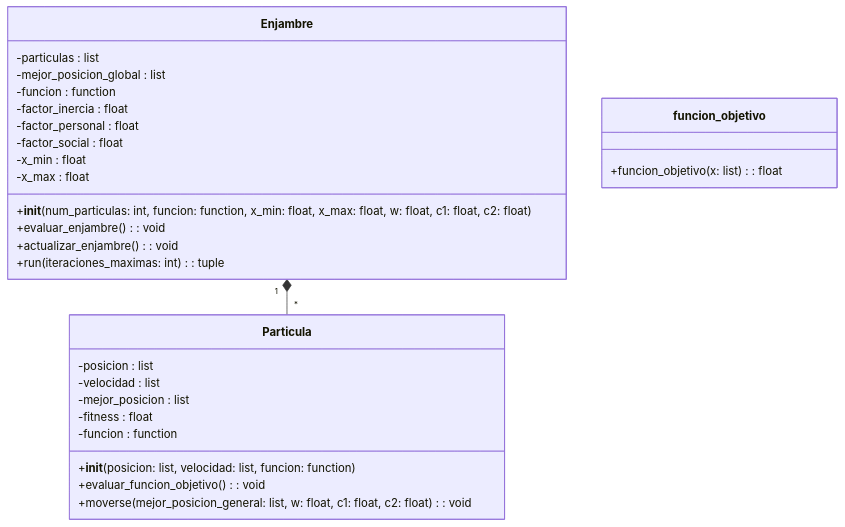
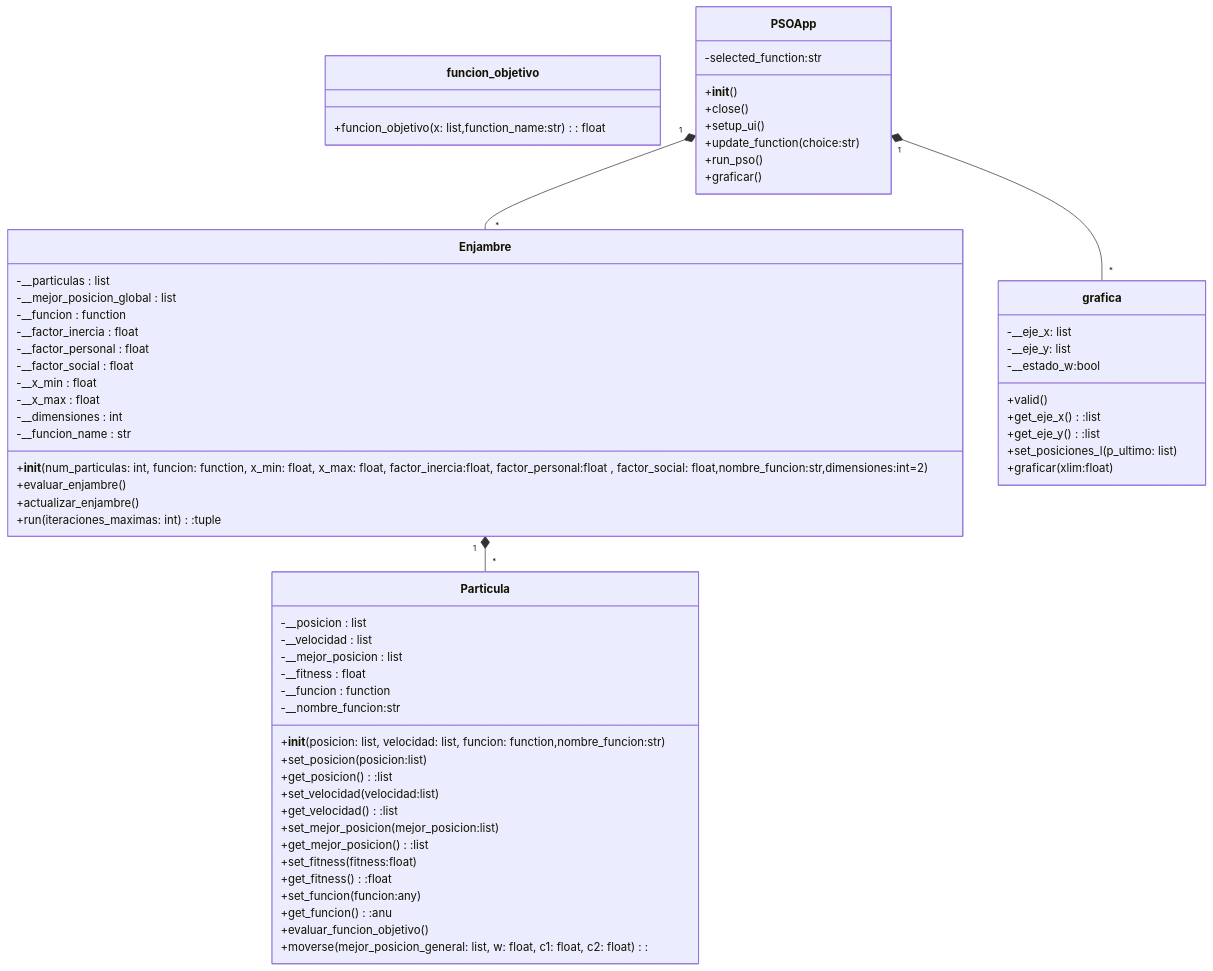
The diagram in Diagrama UML.md (PedroCastiblanco/Proyecto_poo), drawn with Mermaid before and after one commit.

Commit message:
Update Diagrama UML.md

````diff
--- a/Diagrama UML.md
+++ b/Diagrama UML.md
@@ -1,34 +1,69 @@
 ```mermaid
 classDiagram
     class Particula {
-        -posicion : list
-        -velocidad : list
-        -mejor_posicion : list
-        -fitness : float
-        -funcion : function
-        +__init__(posicion: list, velocidad: list, funcion: function)
-        +evaluar_funcion_objetivo() : void
-        +moverse(mejor_posicion_general: list, w: float, c1: float, c2: float) : void
+        -__posicion : list
+        -__velocidad : list
+        -__mejor_posicion : list
+        -__fitness : float
+        -__funcion : function
+        -__nombre_funcion:str
+        +__init__(posicion: list, velocidad: list, funcion: function,nombre_funcion:str)
+        +set_posicion(posicion:list)
+        +get_posicion():list
+        +set_velocidad(velocidad:list)
+        +get_velocidad():list
+        +set_mejor_posicion(mejor_posicion:list)
+        +get_mejor_posicion():list
+        +set_fitness(fitness:float)
+        +get_fitness():float
+        +set_funcion(funcion:any)
+        +get_funcion():anu
+        +evaluar_funcion_objetivo() 
+        +moverse(mejor_posicion_general: list, w: float, c1: float, c2: float) : 
     }
 
     class Enjambre {
-        -particulas : list
-        -mejor_posicion_global : list
-        -funcion : function
-        -factor_inercia : float
-        -factor_personal : float
-        -factor_social : float
-        -x_min : float
-        -x_max : float
-        +__init__(num_particulas: int, funcion: function, x_min: float, x_max: float, w: float, c1: float, c2: float)
-        +evaluar_enjambre() : void
-        +actualizar_enjambre() : void
-        +run(iteraciones_maximas: int) : tuple
+        -__particulas : list
+        -__mejor_posicion_global : list
+        -__funcion : function
+        -__factor_inercia : float
+        -__factor_personal : float
+        -__factor_social : float
+        -__x_min : float
+        -__x_max : float
+        -__dimensiones : int
+        -__funcion_name : str
+        +__init__(num_particulas: int, funcion: function, x_min: float, x_max: float, factor_inercia:float, factor_personal:float , factor_social: float,nombre_funcion:str,dimensiones:int=2)
+        +evaluar_enjambre()  
+        +actualizar_enjambre()  
+        +run(iteraciones_maximas: int) :tuple
     }
 
     class funcion_objetivo {
-        +funcion_objetivo(x: list) : float
+        +funcion_objetivo(x: list,function_name:str) : float
     }
 
+    class grafica {
+        -__eje_x: list 
+        -__eje_y: list
+        -__estado_w:bool
+        +valid()
+        +get_eje_x():list
+        +get_eje_y():list
+        +set_posiciones_l(p_ultimo: list)
+        +graficar(xlim:float)
+    }
     Enjambre "1"*--"*" Particula
+    PSOApp "1"*--"*" Enjambre
+    PSOApp "1"*--"*" grafica
+
+    class PSOApp{
+        -selected_function:str
+        +__init__()
+        +close()
+        +setup_ui()
+        +update_function(choice:str)
+        +run_pso()
+        +graficar()
+    }
 ```
````
